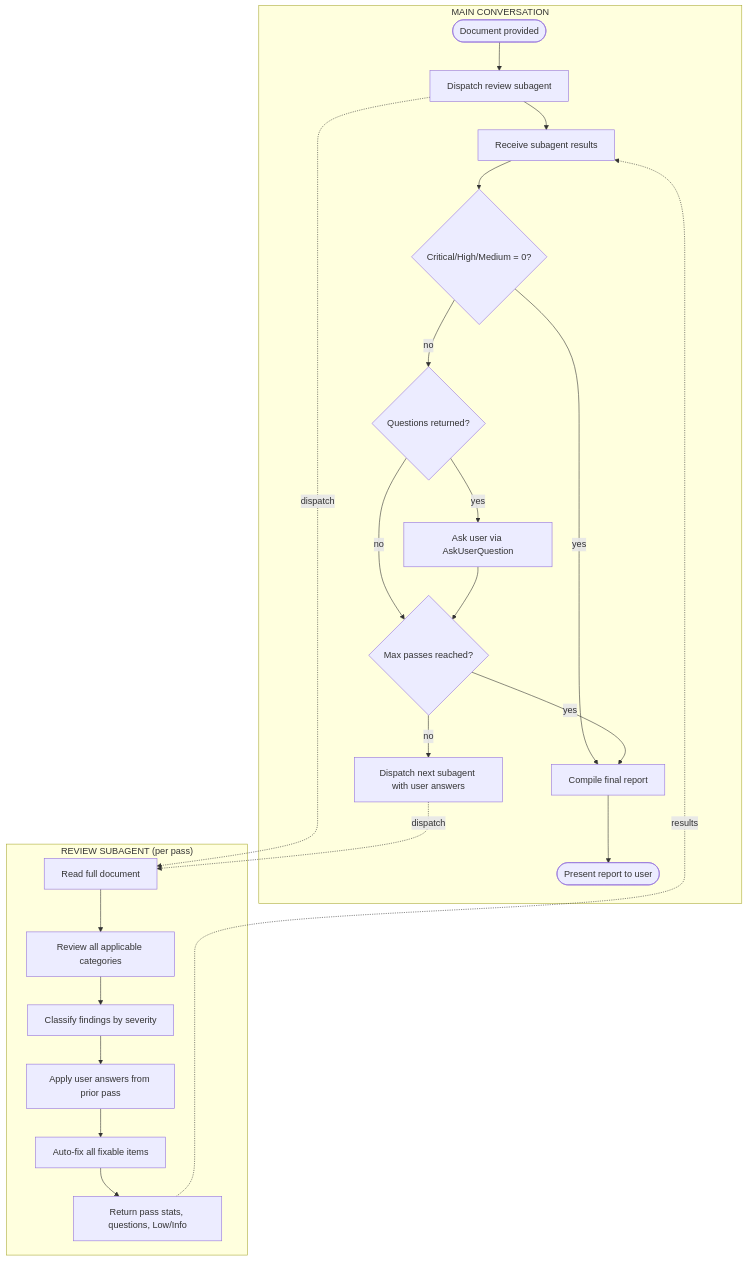
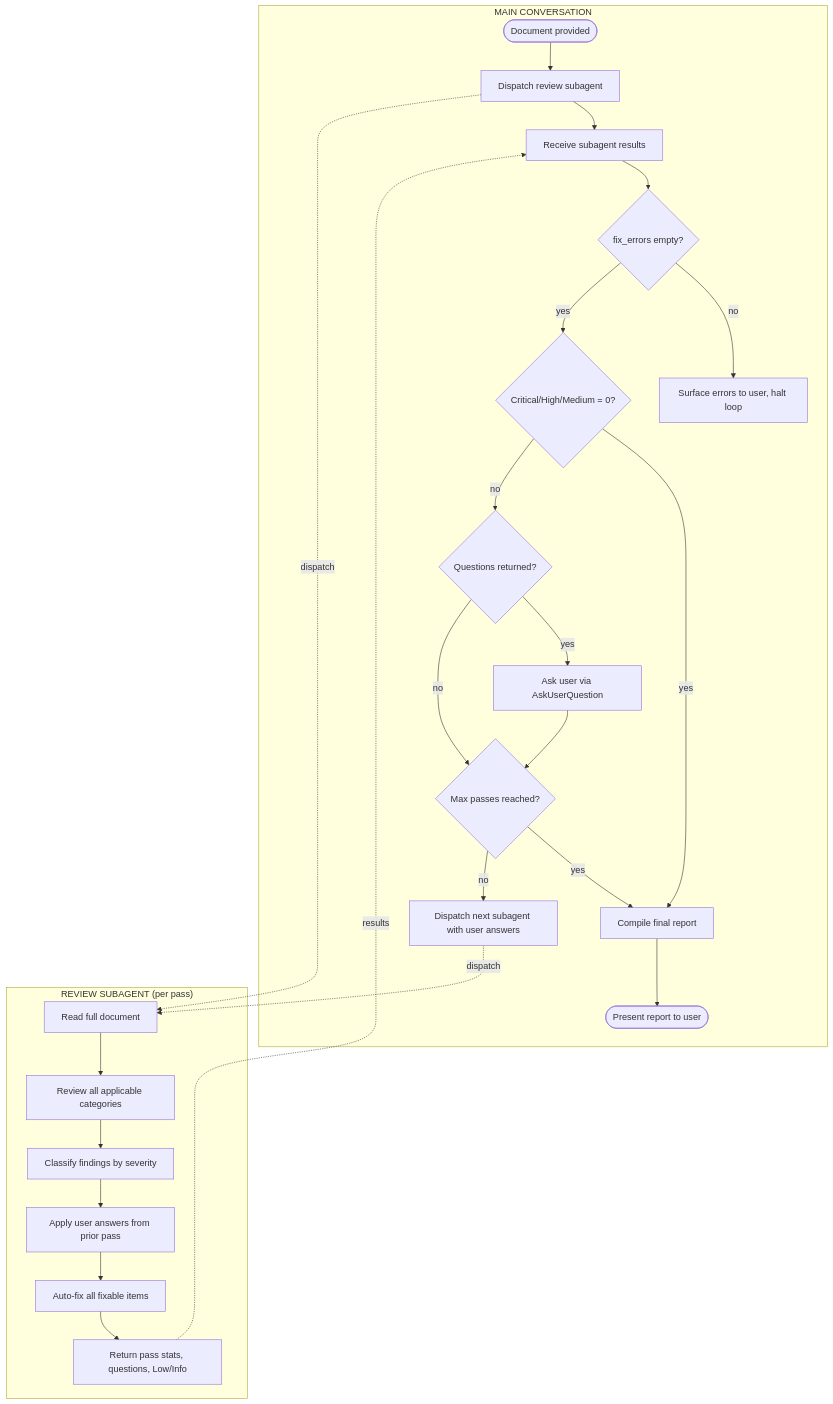
Before and after one commit to brianpw/claude-skills: the diagram in skills/iterative-document-review/SKILL.md, drawn with Mermaid. The commit also changed other lines of this file and 2 other files, not shown here.

````diff
--- a/skills/iterative-document-review/SKILL.md
+++ b/skills/iterative-document-review/SKILL.md
@@ -24,28 +26,30 @@
 ```mermaid
 flowchart TD
   subgraph MAIN["MAIN CONVERSATION"]
     A([Document provided]) --> B[Dispatch review subagent]
     B --> C[Receive subagent results]
-    C --> D{Critical/High/Medium = 0?}
+    C --> FE{fix_errors empty?}
+    FE -- no --> SURF[Surface errors to user, halt loop]
+    FE -- yes --> D{Critical/High/Medium = 0?}
     D -- yes --> G[Compile final report]
     D -- no --> Q{Questions returned?}
     Q -- yes --> E[Ask user via AskUserQuestion]
     Q -- no --> F{Max passes reached?}
     E --> F
     F -- yes --> G
     F -- no --> H[Dispatch next subagent with user answers]
     G --> I([Present report to user])
   end
 
   subgraph SUB["REVIEW SUBAGENT (per pass)"]
     S1[Read full document] --> S2[Review all applicable categories]
     S2 --> S3[Classify findings by severity]
     S3 --> S4[Apply user answers from prior pass]
     S4 --> S5[Auto-fix all fixable items]
     S5 --> S6[Return pass stats, questions, Low/Info]
   end
 
   B -.dispatch.-> S1
   S6 -.results.-> C
   H -.dispatch.-> S1
 ```
````
